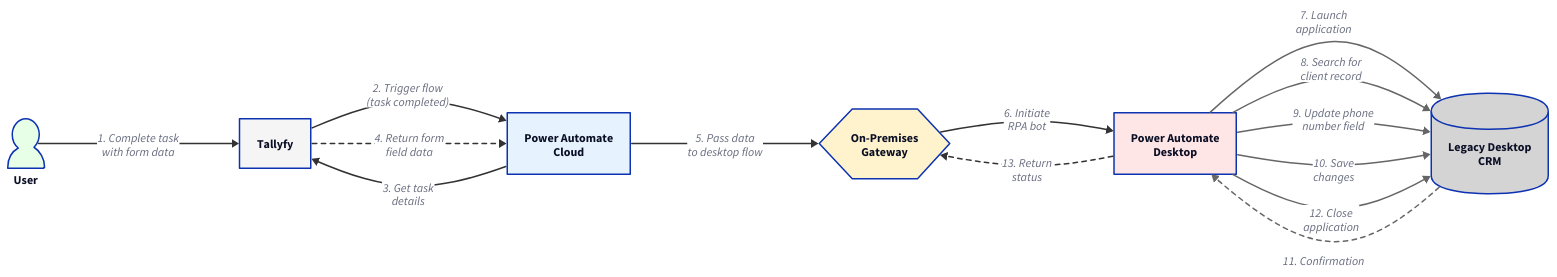
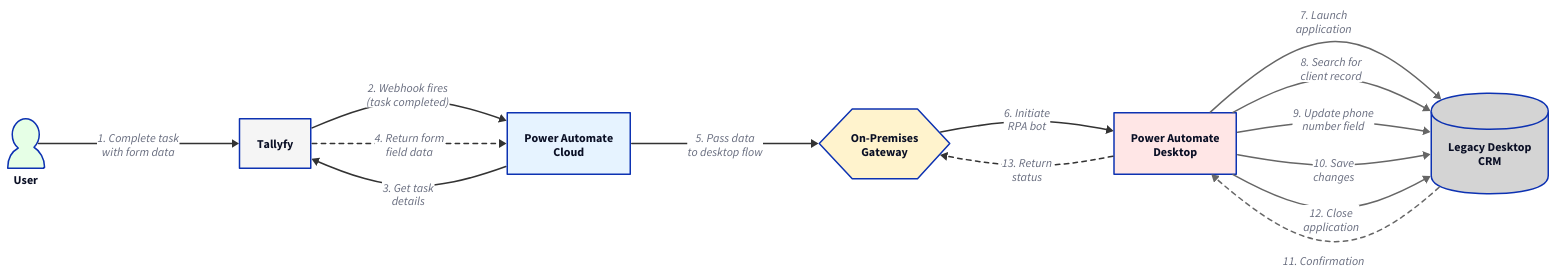
Before and after one commit to tallyfy/documentation: the diagram in src/content/docs/pro/integrations/middleware/power-automate/introduction-to-rpa-with-power-automate.mdx, drawn with D2. The commit also changed other lines of this file and 414 other files, not shown here.

```diff
--- a/src/content/docs/pro/integrations/middleware/power-automate/introduction-to-rpa-with-power-automate.mdx
+++ b/src/content/docs/pro/integrations/middleware/power-automate/introduction-to-rpa-with-power-automate.mdx
@@ -101,7 +98,7 @@
   style.stroke: "#333"
 }
 
-Tallyfy -> CloudFlow: "2. Trigger flow\n(task completed)" {
+Tallyfy -> CloudFlow: "2. Webhook fires\n(task completed)" {
   style.stroke: "#333"
 }
 
```
